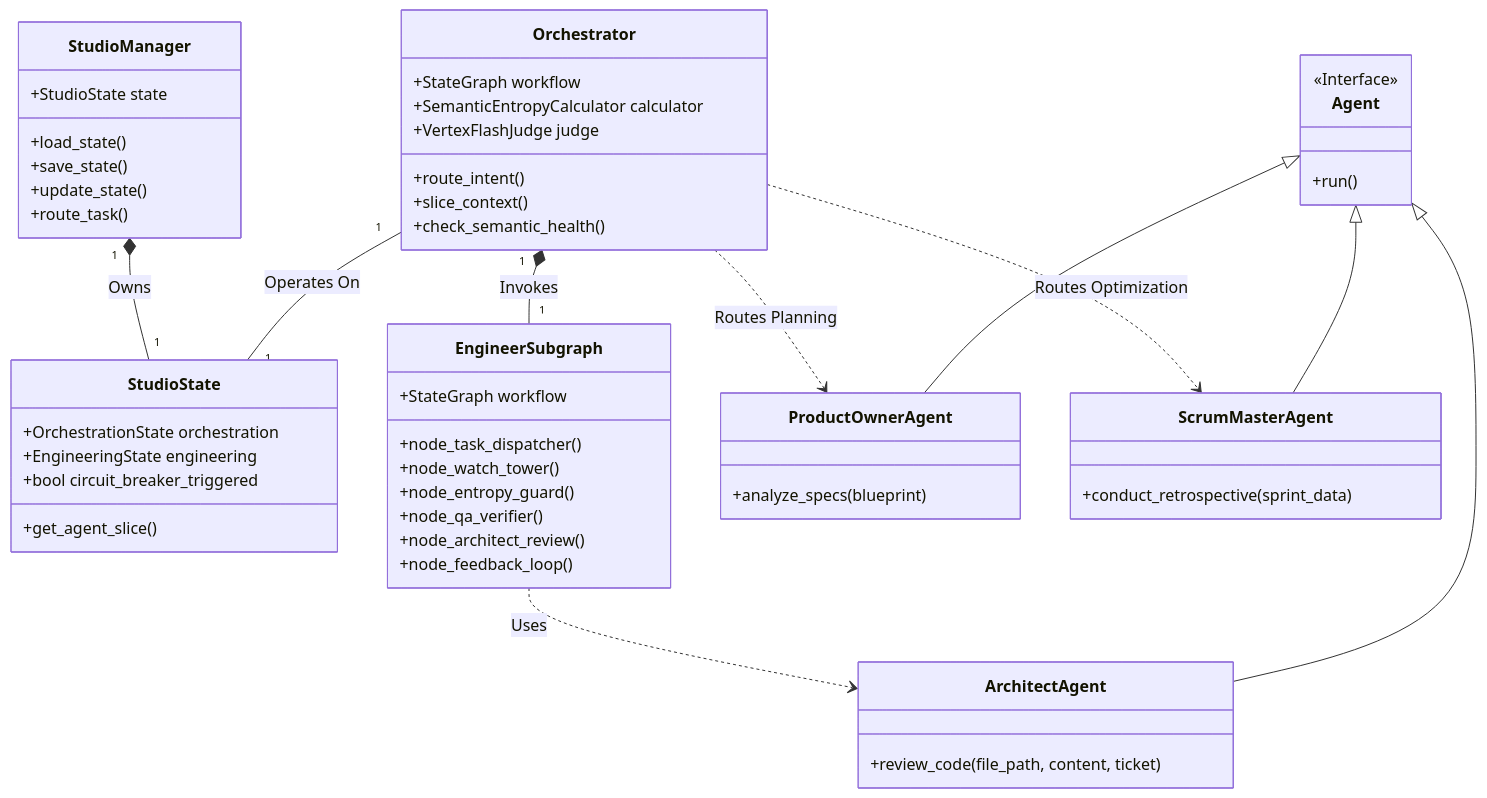
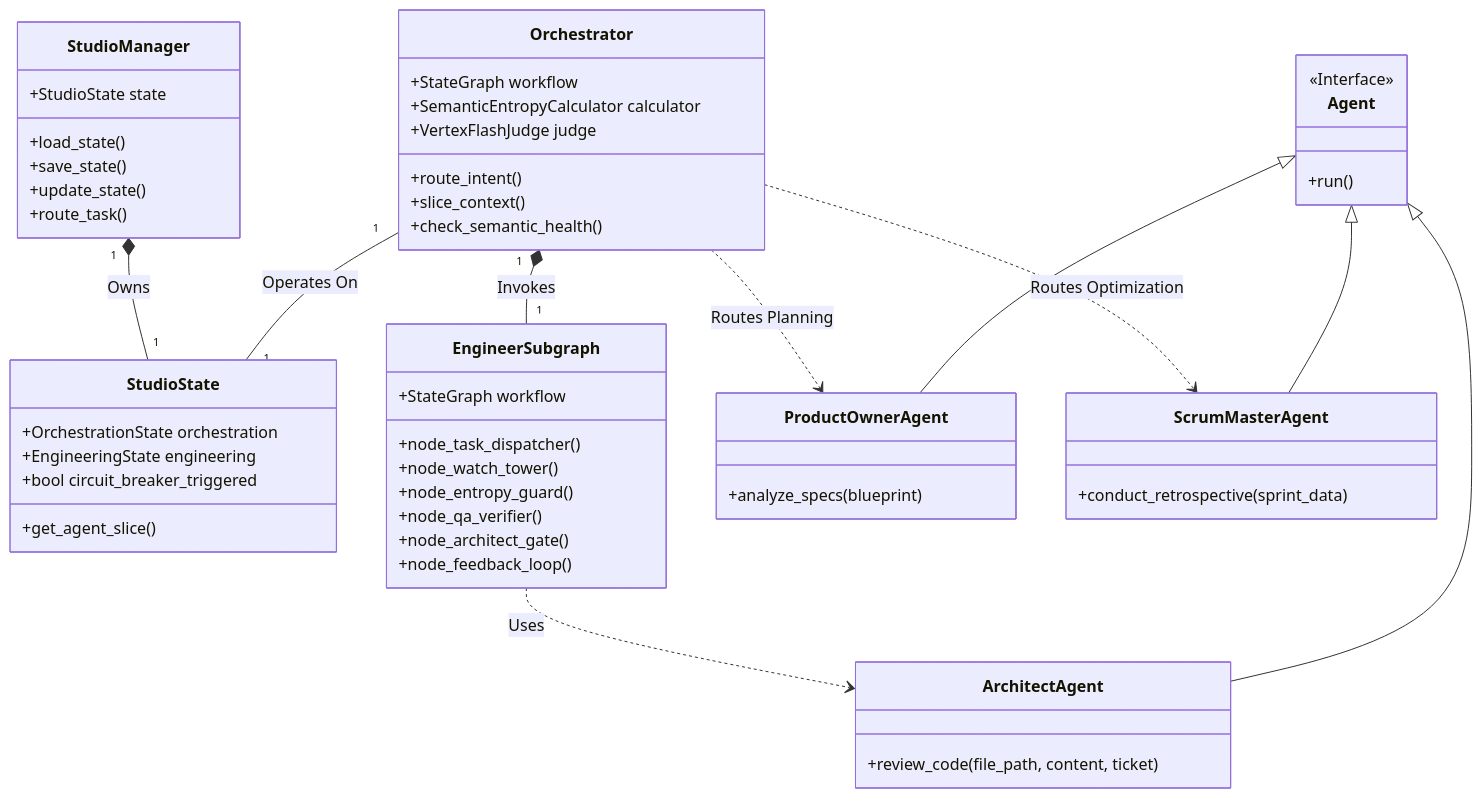
Before and after one commit to jonaschen/ai-bsp-agent: the first of 3 diagrams in DESIGN.md, drawn with Mermaid. The commit also changed other lines of this file and 2 other files, not shown here.

First line of the commit message:
Refactor Engineer Subgraph to use ArchitectGate

````diff
--- a/DESIGN.md
+++ b/DESIGN.md
@@ -16,63 +16,63 @@
 ```mermaid
 classDiagram
     class StudioManager {
         +StudioState state
         +load_state()
         +save_state()
         +update_state()
         +route_task()
     }
 
     class Orchestrator {
         +StateGraph workflow
         +SemanticEntropyCalculator calculator
         +VertexFlashJudge judge
         +route_intent()
         +slice_context()
         +check_semantic_health()
     }
 
     class StudioState {
         +OrchestrationState orchestration
         +EngineeringState engineering
         +bool circuit_breaker_triggered
         +get_agent_slice()
     }
 
     class EngineerSubgraph {
         +StateGraph workflow
         +node_task_dispatcher()
         +node_watch_tower()
         +node_entropy_guard()
         +node_qa_verifier()
-        +node_architect_review()
+        +node_architect_gate()
         +node_feedback_loop()
     }
 
     class Agent {
         <<Interface>>
         +run()
     }
 
     class ArchitectAgent {
         +review_code(file_path, content, ticket)
     }
 
     class ProductOwnerAgent {
         +analyze_specs(blueprint)
     }
 
     class ScrumMasterAgent {
         +conduct_retrospective(sprint_data)
     }
 
     StudioManager "1" *-- "1" StudioState : Owns
     Orchestrator "1" -- "1" StudioState : Operates On
     Orchestrator "1" *-- "1" EngineerSubgraph : Invokes
     EngineerSubgraph ..> ArchitectAgent : Uses
     Orchestrator ..> ProductOwnerAgent : Routes Planning
     Orchestrator ..> ScrumMasterAgent : Routes Optimization
     Agent <|-- ArchitectAgent
     Agent <|-- ProductOwnerAgent
     Agent <|-- ScrumMasterAgent
 ```
````
